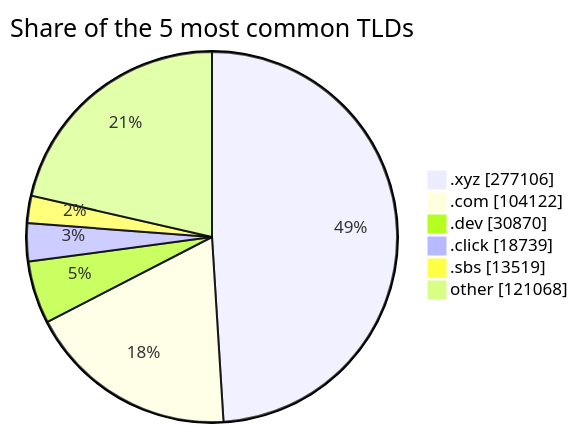
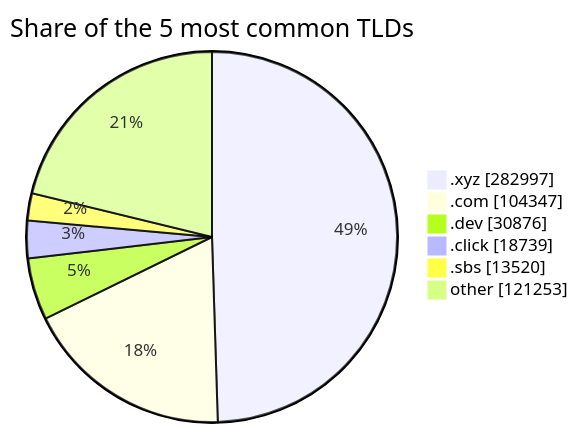
The third of 3 diagrams in README.md (DNSBunker/CTI), drawn with Mermaid before and after one commit. The commit also changed other lines of this file and 3 other files, not shown here.

````diff
--- a/README.md
+++ b/README.md
@@ -81,9 +81,9 @@
 ```mermaid
 pie showData title Share of the 5 most common TLDs
-    ".xyz" : 277106
-    ".com" : 104122
-    ".dev" : 30870
+    ".xyz" : 282997
+    ".com" : 104347
+    ".dev" : 30876
     ".click" : 18739
-    ".sbs" : 13519
-    "other" : 121068
+    ".sbs" : 13520
+    "other" : 121253
 ```
````
